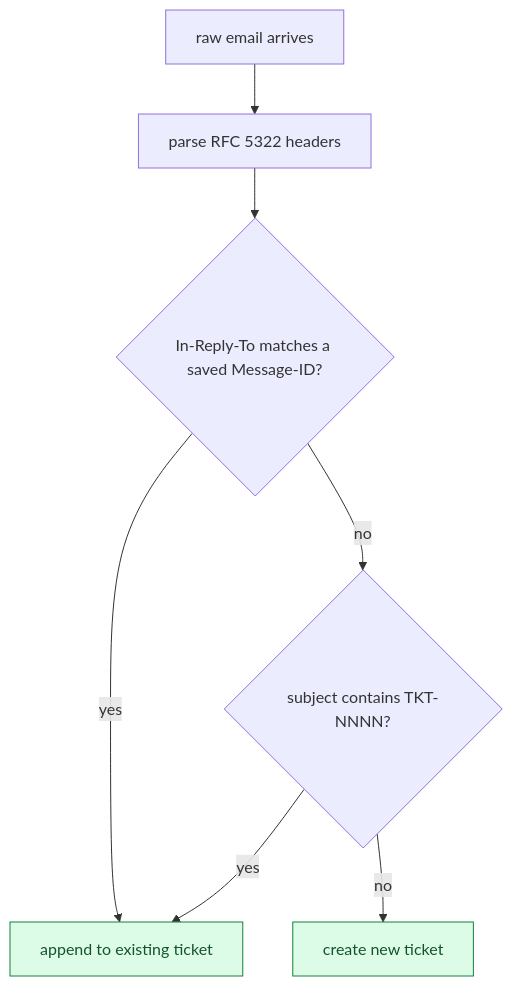
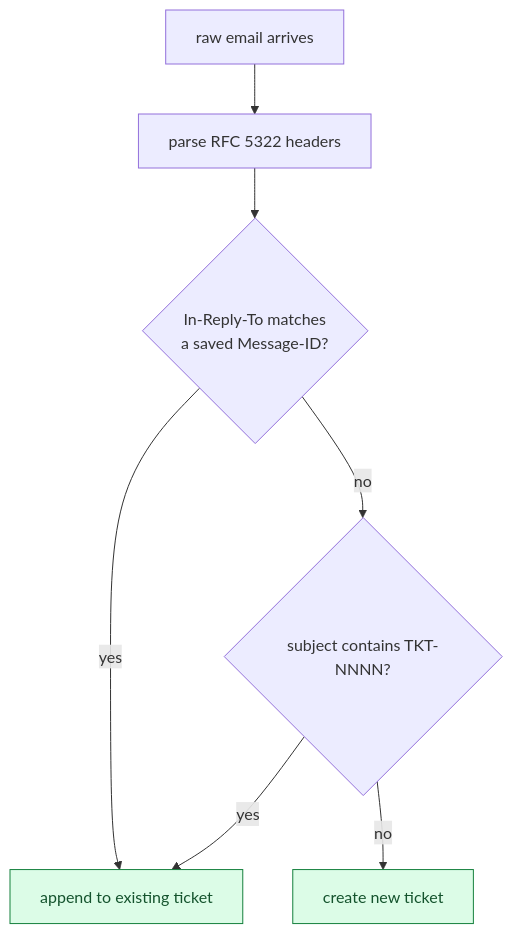
The second of 6 diagrams in problems/019-helpdesk-ticketing/solution.md (shiningflash/system-design), drawn with Mermaid before and after one commit. The commit also changed other lines of this file and 37 other files, not shown here.

````diff
--- a/problems/019-helpdesk-ticketing/solution.md
+++ b/problems/019-helpdesk-ticketing/solution.md
@@ -242,11 +244,11 @@
 ```mermaid
 flowchart TD
     A[raw email arrives] --> B[parse RFC 5322 headers]
-    B --> C{In-Reply-To matches a saved Message-ID?}
+    B --> C{In-Reply-To matches<br/>a saved Message-ID?}
     C -- yes --> D[append to existing ticket]:::ok
     C -- no --> E{subject contains TKT-NNNN?}
     E -- yes --> D
     E -- no --> F[create new ticket]:::ok
 
     classDef ok fill:#dcfce7,stroke:#15803d,color:#14532d
 ```
````
